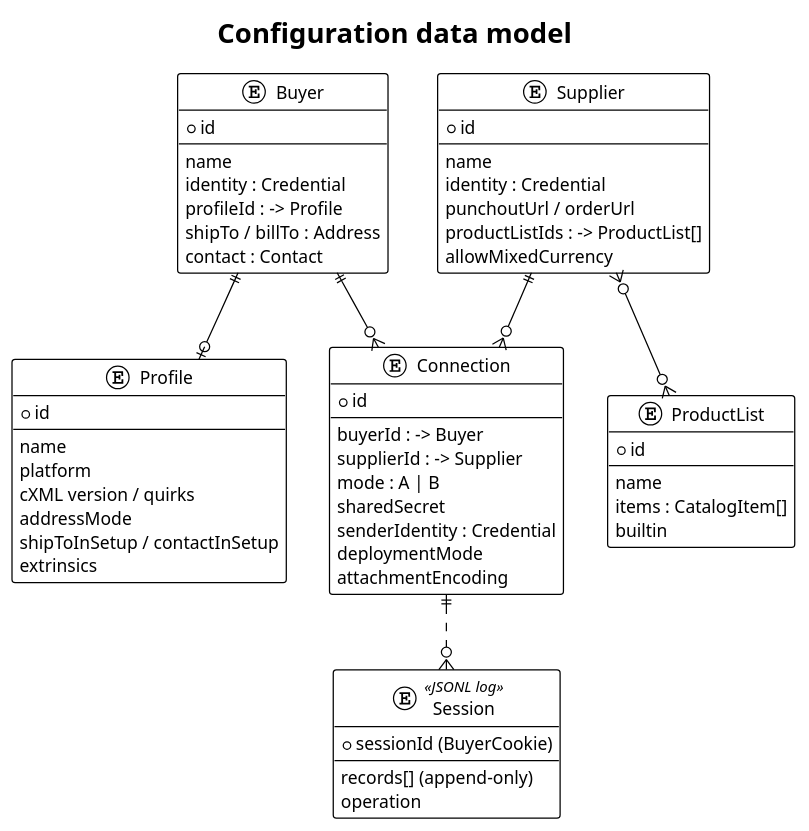
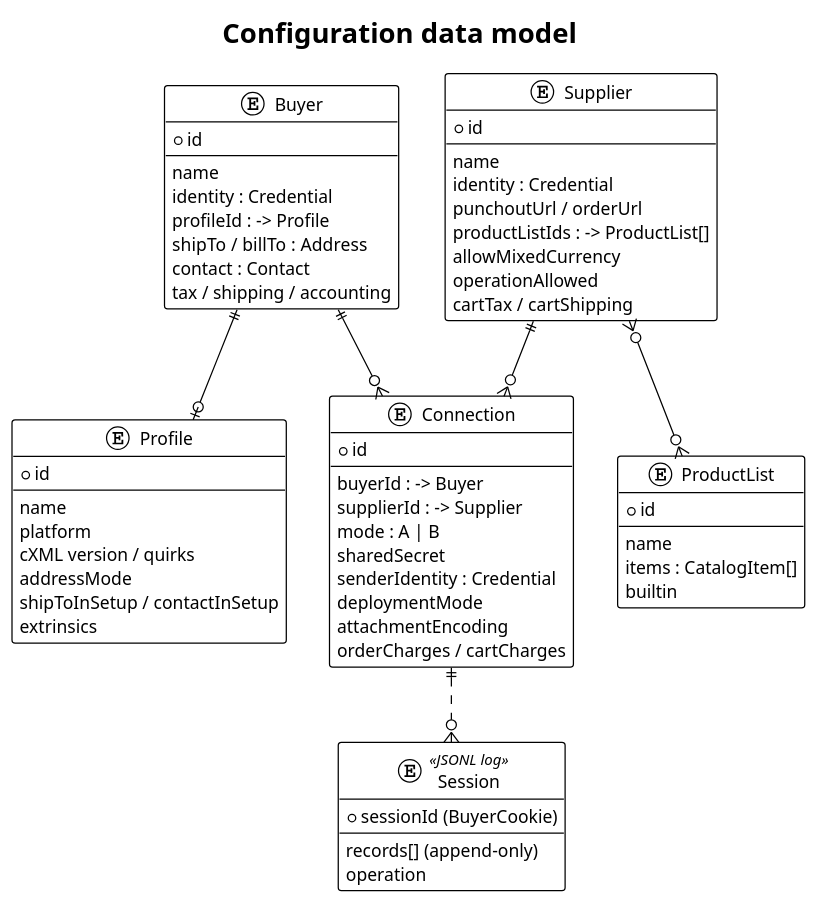
One commit to slawomir-szostak/punchout-simulator changed the diagram in docs/diagrams/data-model.puml. Above: the diagram before and after it, drawn with PlantUML. The commit also changed 28 other files, not shown here.

First line of the commit message:
feat: tax, shipping and accounting on orders and carts, per buyer, supplier and pair

```diff
--- a/docs/diagrams/data-model.puml
+++ b/docs/diagrams/data-model.puml
@@ -1,68 +1,72 @@
 @startuml data-model
 !theme plain
 title Configuration data model
 
 entity Buyer {
   * id
   --
   name
   identity : Credential
   profileId : -> Profile
   shipTo / billTo : Address
   contact : Contact
+  tax / shipping / accounting
 }
 
 entity Supplier {
   * id
   --
   name
   identity : Credential
   punchoutUrl / orderUrl
   productListIds : -> ProductList[]
   allowMixedCurrency
+  operationAllowed
+  cartTax / cartShipping
 }
 
 entity Connection {
   * id
   --
   buyerId : -> Buyer
   supplierId : -> Supplier
   mode : A | B
   sharedSecret
   senderIdentity : Credential
   deploymentMode
   attachmentEncoding
+  orderCharges / cartCharges
 }
 
 entity Profile {
   * id
   --
   name
   platform
   cXML version / quirks
   addressMode
   shipToInSetup / contactInSetup
   extrinsics
 }
 
 entity ProductList {
   * id
   --
   name
   items : CatalogItem[]
   builtin
 }
 
 entity Session <<JSONL log>> {
   * sessionId (BuyerCookie)
   --
   records[] (append-only)
   operation
 }
 
 Buyer ||--o| Profile
 Buyer ||--o{ Connection
 Supplier ||--o{ Connection
 Supplier }o--o{ ProductList
 Connection ||..o{ Session
 @enduml
```
